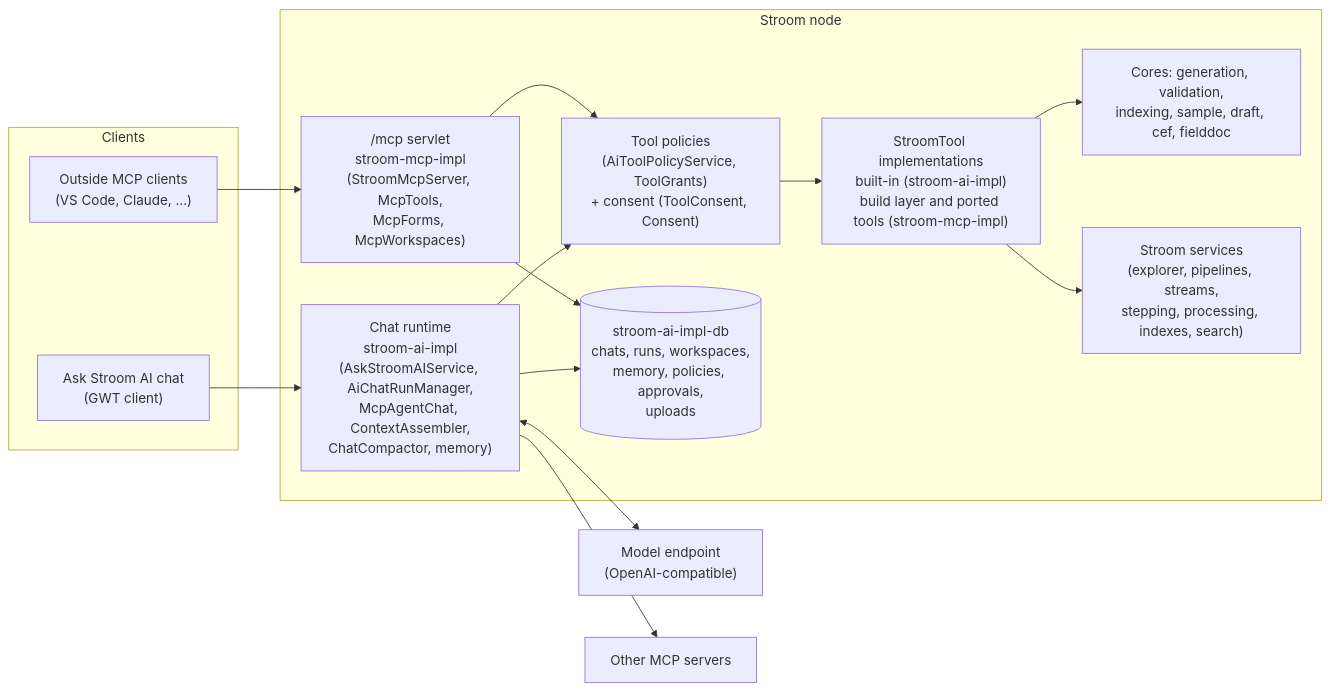
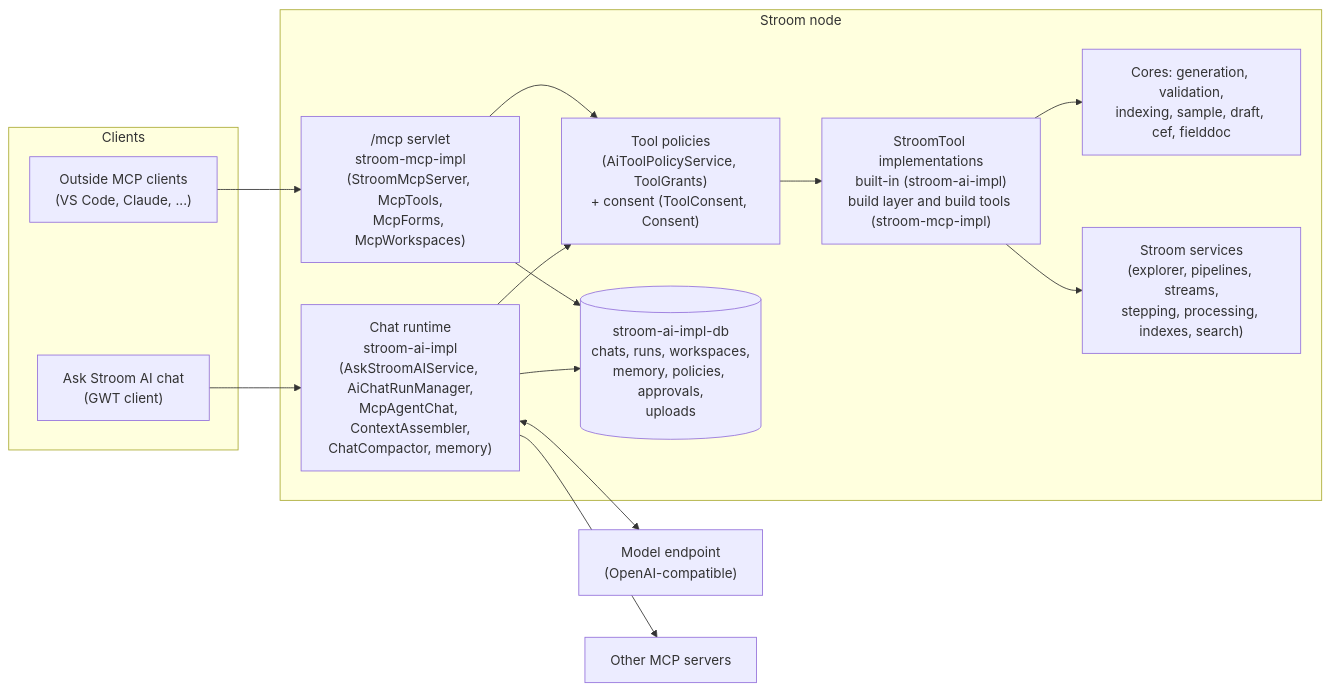
The sixth of 9 diagrams in stroom-ai/DESIGN.md (gchq/stroom), drawn with Mermaid before and after one commit. The commit also changed other lines of this file and 546 other files, not shown here.

````diff
--- a/stroom-ai/DESIGN.md
+++ b/stroom-ai/DESIGN.md
@@ -540,28 +548,28 @@
 ```mermaid
 flowchart LR
     subgraph Clients
         UI["Ask Stroom AI chat<br/>(GWT client)"]
         EXT["Outside MCP clients<br/>(VS Code, Claude, ...)"]
     end
     subgraph Stroom["Stroom node"]
         CHAT["Chat runtime<br/>stroom-ai-impl<br/>(AskStroomAIService, AiChatRunManager,<br/>McpAgentChat, ContextAssembler,<br/>ChatCompactor, memory)"]
         MCP["/mcp servlet<br/>stroom-mcp-impl<br/>(StroomMcpServer, McpTools,<br/>McpForms, McpWorkspaces)"]
         POL["Tool policies<br/>(AiToolPolicyService, ToolGrants)<br/>+ consent (ToolConsent, Consent)"]
-        TOOLS["StroomTool implementations<br/>built-in (stroom-ai-impl)<br/>build layer and ported tools (stroom-mcp-impl)"]
+        TOOLS["StroomTool implementations<br/>built-in (stroom-ai-impl)<br/>build layer and build tools (stroom-mcp-impl)"]
         CORE["Cores: generation, validation,<br/>indexing, sample, draft, cef, fielddoc"]
         SVC["Stroom services<br/>(explorer, pipelines, streams,<br/>stepping, processing, indexes, search)"]
         DB[("stroom-ai-impl-db<br/>chats, runs, workspaces,<br/>memory, policies, approvals,<br/>uploads")]
     end
     MODEL["Model endpoint<br/>(OpenAI-compatible)"]
     OTHER["Other MCP servers"]
 
     UI --> CHAT
     CHAT <--> MODEL
     CHAT --> POL
     EXT --> MCP --> POL
     POL --> TOOLS --> CORE
     TOOLS --> SVC
     CHAT --> OTHER
     CHAT --> DB
     MCP --> DB
 ```
````
